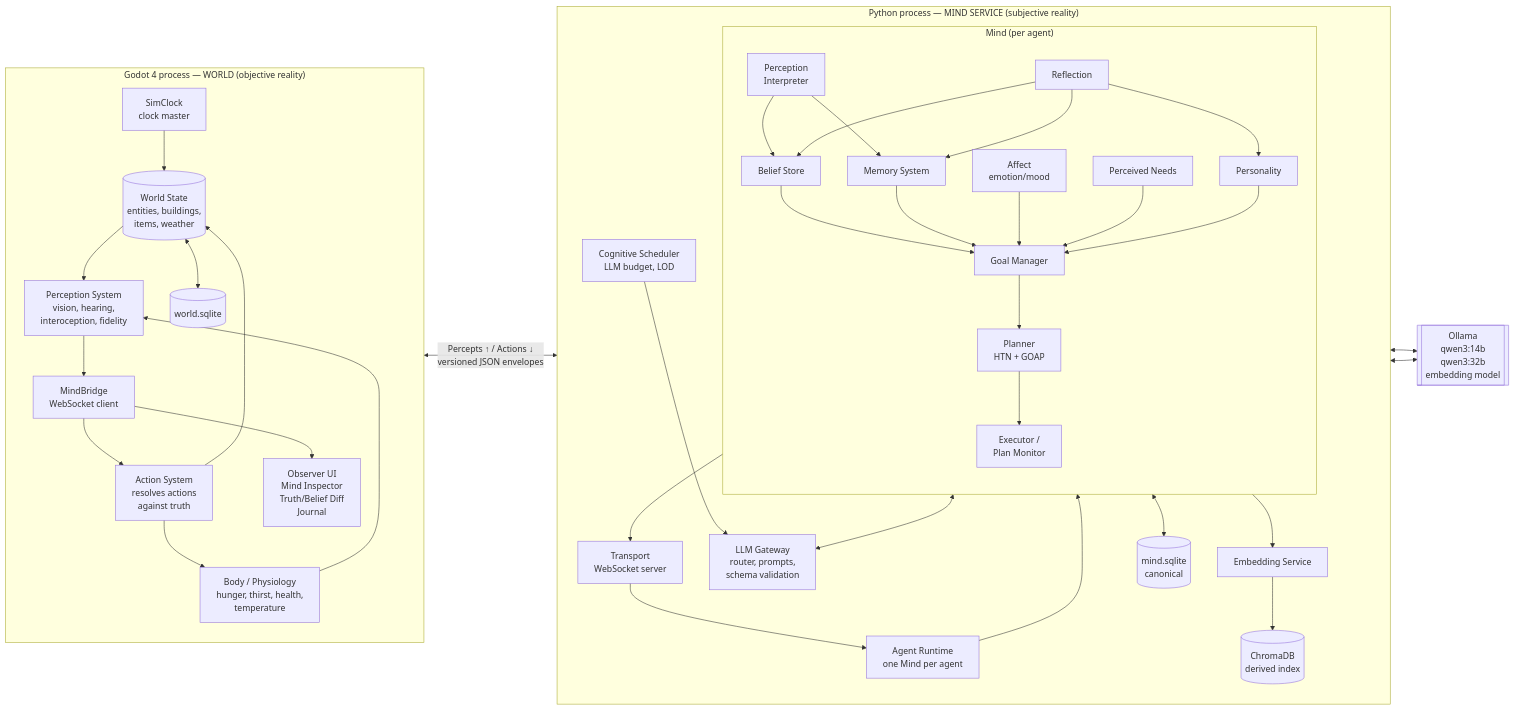
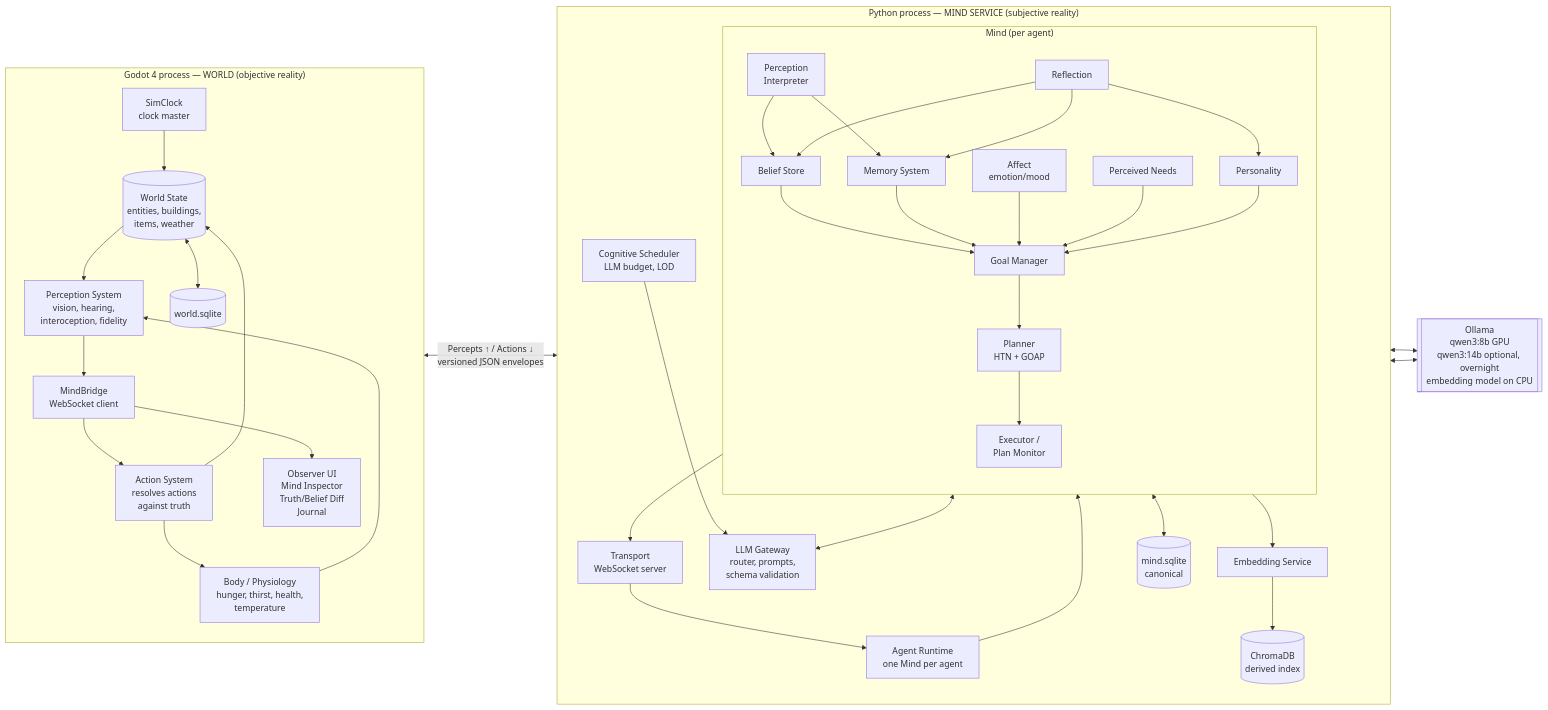
The first of 2 diagrams in docs/architecture/01-system-architecture.md (justpoqui/aiadventure), drawn with Mermaid before and after one commit. The commit also changed other lines of this file and 7 other files, not shown here.

First line of the commit message:
Fold review round 1 decisions into architecture

````diff
--- a/docs/architecture/01-system-architecture.md
+++ b/docs/architecture/01-system-architecture.md
@@ -5,72 +5,72 @@
 ```mermaid
 flowchart LR
   subgraph GODOT["Godot 4 process — WORLD (objective reality)"]
     direction TB
     CLOCK[SimClock<br/>clock master]
     WORLD[(World State<br/>entities, buildings,<br/>items, weather)]
     BODY[Body / Physiology<br/>hunger, thirst, health,<br/>temperature]
     PERC[Perception System<br/>vision, hearing,<br/>interoception, fidelity]
     ACT[Action System<br/>resolves actions<br/>against truth]
     WDB[(world.sqlite)]
     UI[Observer UI<br/>Mind Inspector<br/>Truth/Belief Diff<br/>Journal]
     BRIDGE[MindBridge<br/>WebSocket client]
 
     CLOCK --> WORLD
     WORLD --> PERC
     BODY --> PERC
     ACT --> WORLD
     ACT --> BODY
     WORLD <--> WDB
     PERC --> BRIDGE
     BRIDGE --> ACT
     BRIDGE --> UI
   end
 
   subgraph PY["Python process — MIND SERVICE (subjective reality)"]
     direction TB
     WS[Transport<br/>WebSocket server]
     RT[Agent Runtime<br/>one Mind per agent]
     SCHED[Cognitive Scheduler<br/>LLM budget, LOD]
     subgraph MIND["Mind (per agent)"]
       direction TB
       INTERP[Perception<br/>Interpreter]
       BEL[Belief Store]
       MEM[Memory System]
       AFF[Affect<br/>emotion/mood]
       NEEDS[Perceived Needs]
       PERS[Personality]
       GOALS[Goal Manager]
       PLAN[Planner<br/>HTN + GOAP]
       EXEC[Executor /<br/>Plan Monitor]
       REFL[Reflection]
     end
     LLM[LLM Gateway<br/>router, prompts,<br/>schema validation]
     EMB[Embedding Service]
     MDB[(mind.sqlite<br/>canonical)]
     VDB[(ChromaDB<br/>derived index)]
 
     WS --> RT --> MIND
     SCHED --> LLM
     INTERP --> BEL
     INTERP --> MEM
     BEL --> GOALS
     MEM --> GOALS
     AFF --> GOALS
     NEEDS --> GOALS
     PERS --> GOALS
     GOALS --> PLAN --> EXEC
     EXEC --> WS
     REFL --> BEL
     REFL --> MEM
     REFL --> PERS
     MIND <--> LLM
     MEM --> EMB --> VDB
     MIND <--> MDB
   end
 
-  OLLAMA[[Ollama<br/>qwen3:14b<br/>qwen3:32b<br/>embedding model]]
+  OLLAMA[[Ollama<br/>qwen3:8b GPU<br/>qwen3:14b optional, overnight<br/>embedding model on CPU]]
 
   BRIDGE <-- "Percepts ↑ / Actions ↓<br/>versioned JSON envelopes" --> WS
   LLM <--> OLLAMA
   EMB <--> OLLAMA
 ```
````
